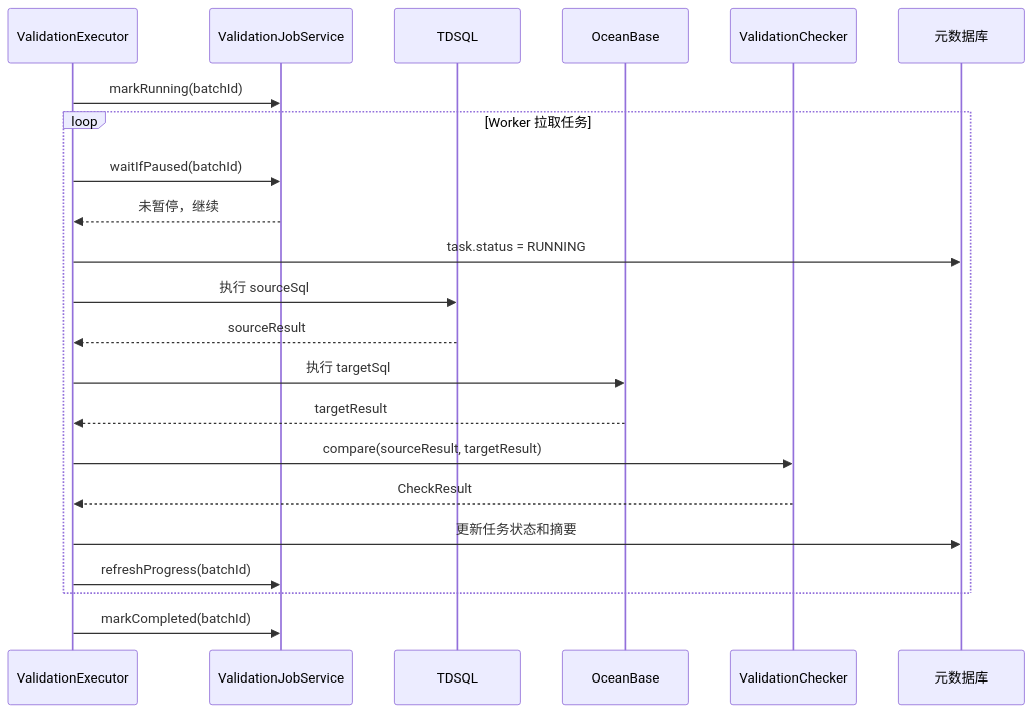
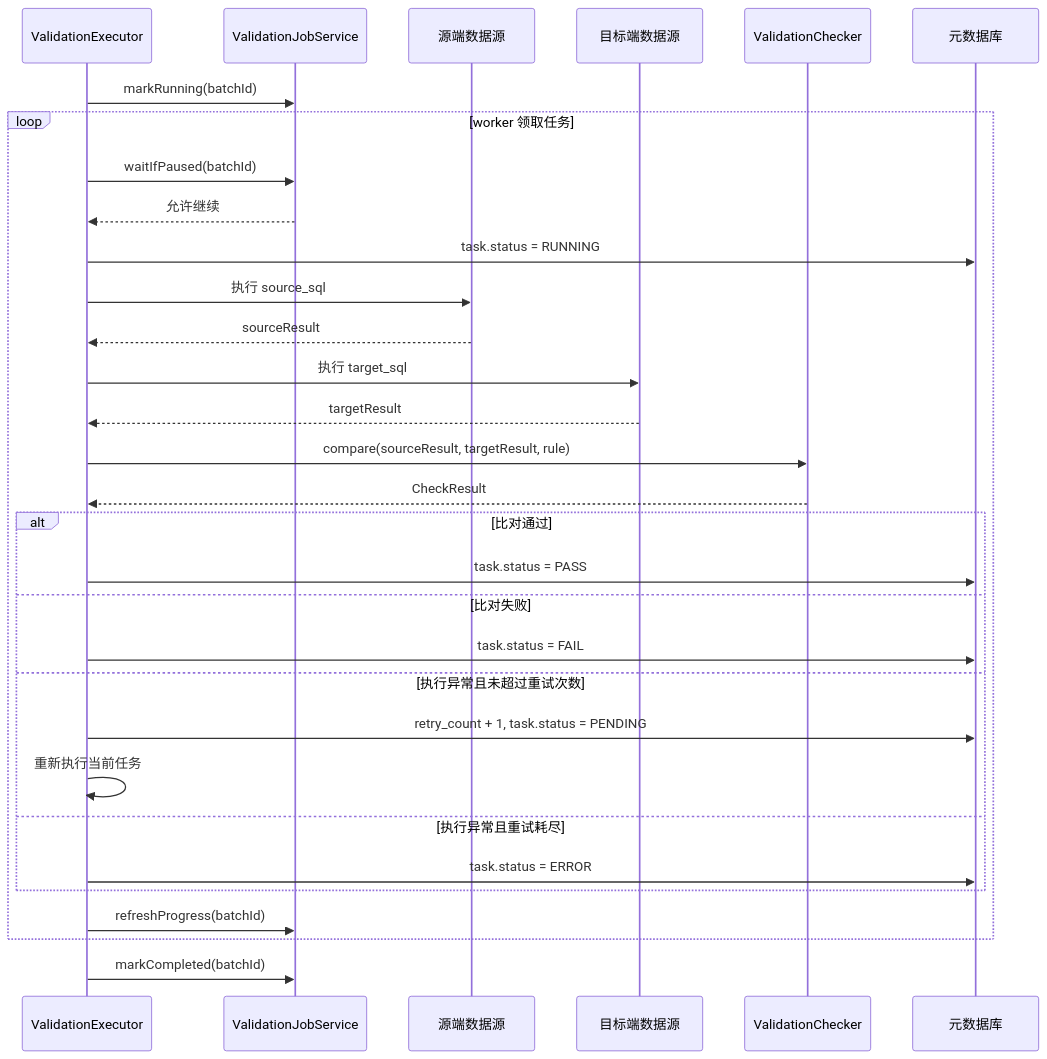
Before and after one commit to xiaobin-zhang/odsdatamigration: the fourth of 5 diagrams in docs/detailed-design.md, drawn with Mermaid. The commit also changed other lines of this file and 59 other files, not shown here.

````diff
--- a/docs/detailed-design.md
+++ b/docs/detailed-design.md
@@ -341,25 +285,34 @@
 ```mermaid
 sequenceDiagram
     participant Executor as ValidationExecutor
     participant Job as ValidationJobService
-    participant Source as TDSQL
-    participant Target as OceanBase
+    participant Source as 源端数据源
+    participant Target as 目标端数据源
     participant Checker as ValidationChecker
-    participant DB as 元数据库
+    participant MetaDB as 元数据库
 
     Executor->>Job: markRunning(batchId)
-    loop Worker 拉取任务
+    loop worker 领取任务
         Executor->>Job: waitIfPaused(batchId)
-        Job-->>Executor: 未暂停，继续
-        Executor->>DB: task.status = RUNNING
-        Executor->>Source: 执行 sourceSql
+        Job-->>Executor: 允许继续
+        Executor->>MetaDB: task.status = RUNNING
+        Executor->>Source: 执行 source_sql
         Source-->>Executor: sourceResult
-        Executor->>Target: 执行 targetSql
+        Executor->>Target: 执行 target_sql
         Target-->>Executor: targetResult
-        Executor->>Checker: compare(sourceResult, targetResult)
+        Executor->>Checker: compare(sourceResult, targetResult, rule)
         Checker-->>Executor: CheckResult
-        Executor->>DB: 更新任务状态和摘要
+        alt 比对通过
+            Executor->>MetaDB: task.status = PASS
+        else 比对失败
+            Executor->>MetaDB: task.status = FAIL
+        else 执行异常且未超过重试次数
+            Executor->>MetaDB: retry_count + 1, task.status = PENDING
+            Executor->>Executor: 重新执行当前任务
+        else 执行异常且重试耗尽
+            Executor->>MetaDB: task.status = ERROR
+        end
         Executor->>Job: refreshProgress(batchId)
     end
     Executor->>Job: markCompleted(batchId)
 ```
````
